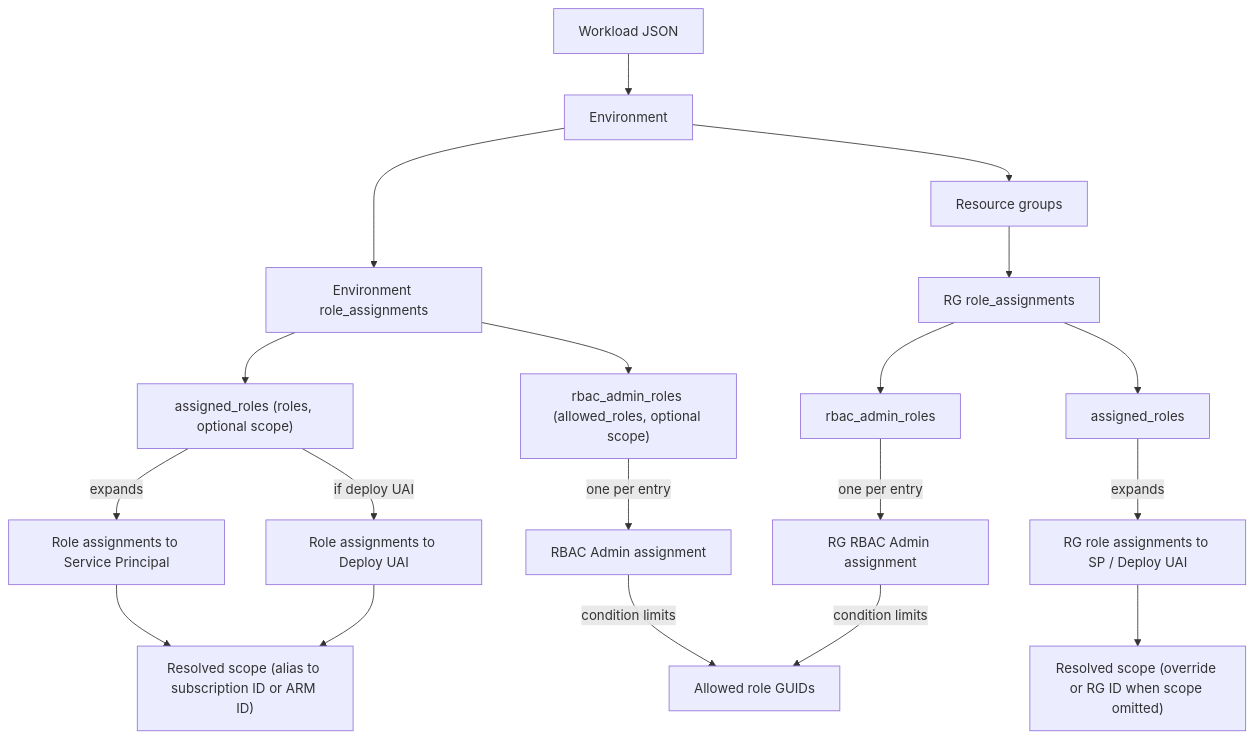
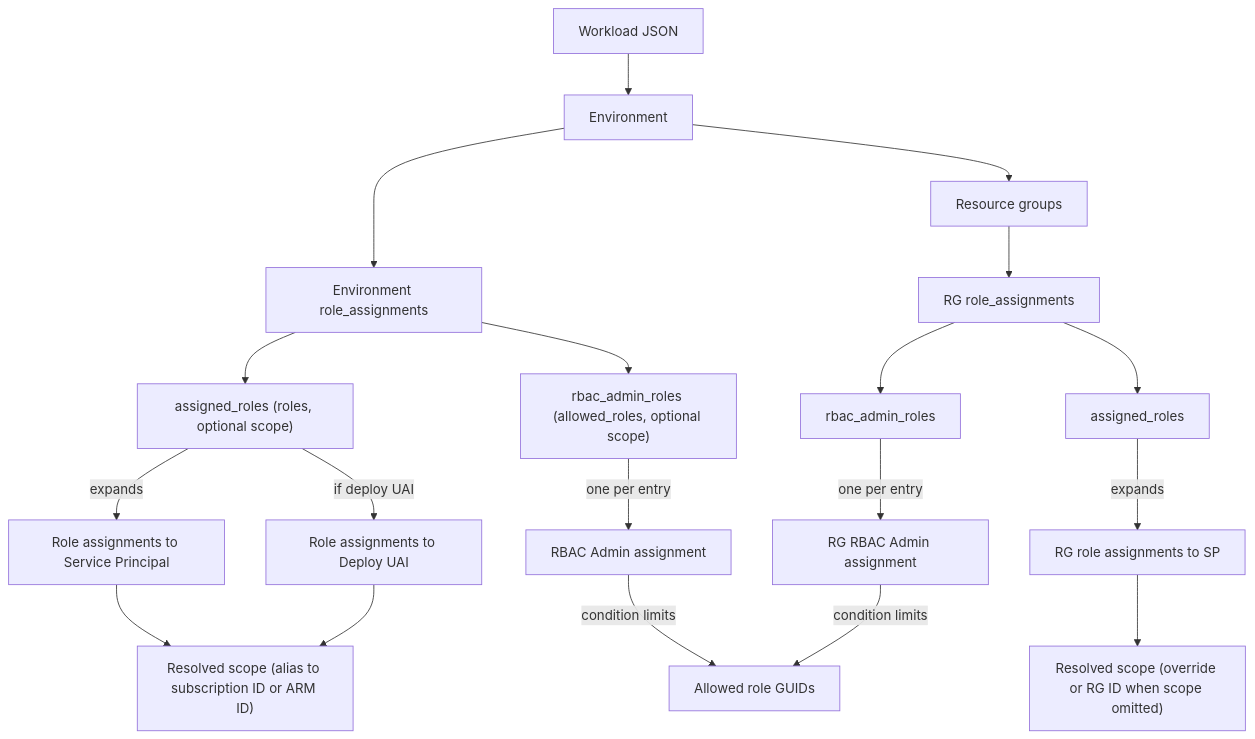
One commit to frasermolyneux/platform-workloads changed the diagram in docs/role-assignments.md. Above: the diagram before and after it, drawn with Mermaid. The commit also changed other lines of this file and 9 other files, not shown here.

````diff
--- a/docs/role-assignments.md
+++ b/docs/role-assignments.md
@@ -84,22 +86,22 @@
 ```mermaid
 graph TD
   W[Workload JSON] --> E[Environment]
   E --> RA[Environment role_assignments]
   RA --> AR["assigned_roles (roles, optional scope)"]
   RA --> RB["rbac_admin_roles (allowed_roles, optional scope)"]
   AR -->|expands| RAE["Role assignments to Service Principal"]
   AR -->|if deploy UAI| RAD["Role assignments to Deploy UAI"]
   RAE --> SCOPE1["Resolved scope (alias to subscription ID or ARM ID)"]
   RAD --> SCOPE1
   RB -->|one per entry| RBA["RBAC Admin assignment"]
   RBA -->|condition limits| ALLOWED["Allowed role GUIDs"]
 
   E --> RG[Resource groups]
   RG --> RRA[RG role_assignments]
   RRA --> RAR[assigned_roles]
   RRA --> RRB[rbac_admin_roles]
-  RAR -->|expands| RGRA["RG role assignments to SP / Deploy UAI"]
+  RAR -->|expands| RGRA["RG role assignments to SP"]
   RGRA --> SCOPE2["Resolved scope (override or RG ID when scope omitted)"]
   RRB -->|one per entry| RGRBA["RG RBAC Admin assignment"]
   RGRBA -->|condition limits| ALLOWED
 ```
````
